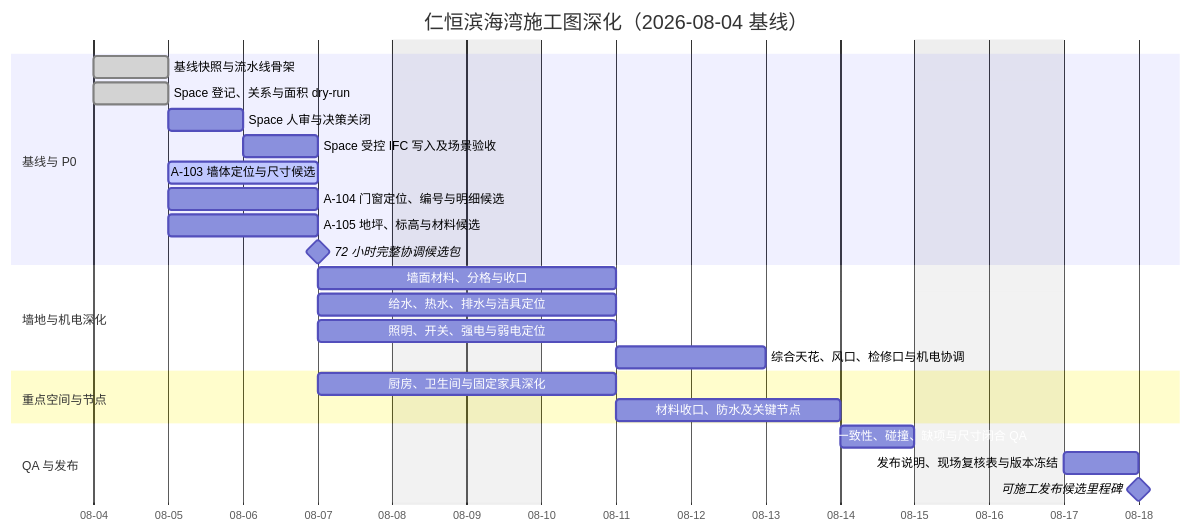
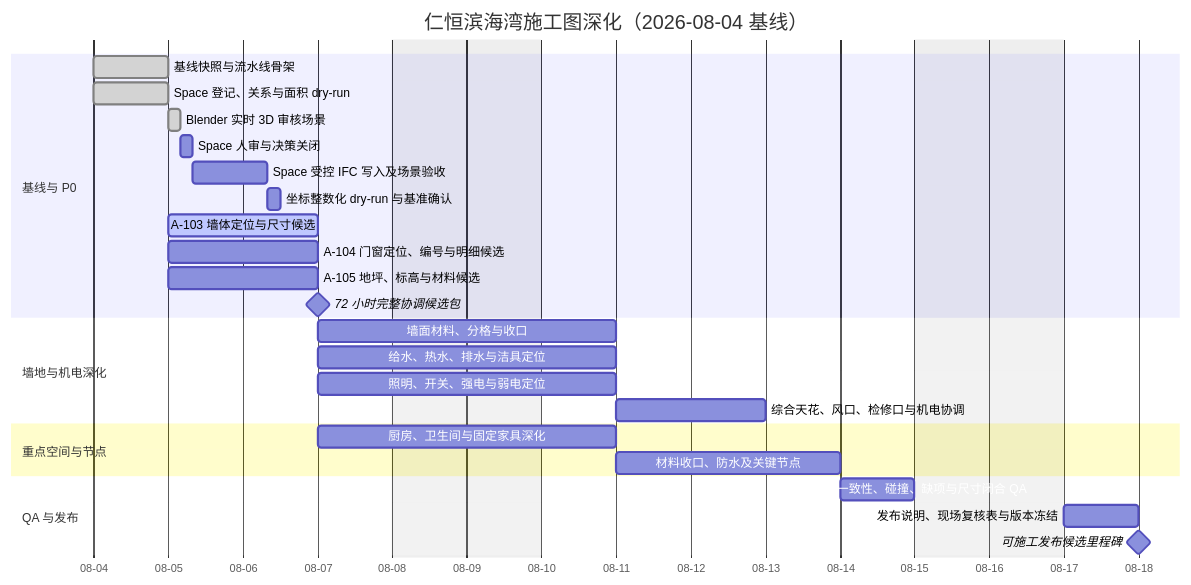
One commit to Weihan96/2504-GBTB-Yanlord-Zhuhai changed the diagram in drawings/滨海湾装修施工图深化工作管理.md. Above: the diagram before and after it, drawn with Mermaid. The commit also changed other lines of this file and 3 other files, not shown here.

````diff
--- a/drawings/滨海湾装修施工图深化工作管理.md
+++ b/drawings/滨海湾装修施工图深化工作管理.md
@@ -64,32 +64,34 @@
 ```mermaid
 gantt
     title 仁恒滨海湾施工图深化（2026-08-04 基线）
     dateFormat  YYYY-MM-DD
     axisFormat  %m-%d
     excludes    weekends
 
     section 基线与 P0
     基线快照与流水线骨架                 :done, M000, 2026-08-04, 1d
     Space 登记、关系与面积 dry-run       :done, S001, 2026-08-04, 1d
-    Space 人审与决策关闭                 :S002, after S001, 1d
+    Blender 实时 3D 审核场景              :done, S002A, after S001, 4h
+    Space 人审与决策关闭                 :S002, after S002A, 4h
     Space 受控 IFC 写入及场景验收         :S003, after S002, 1d
+    坐标整数化 dry-run 与基准确认          :C001, after S003, 4h
     A-103 墙体定位与尺寸候选              :active, A103, after S001, 2d
     A-104 门窗定位、编号与明细候选         :A104, after S001, 2d
     A-105 地坪、标高与材料候选             :A105, after S001, 2d
-    72 小时完整协调候选包                 :milestone, M072, after A103 A104 A105, 0d
+    72 小时完整协调候选包                 :milestone, M072, after C001 A103 A104 A105, 0d
 
     section 墙地与机电深化
     墙面材料、分格与收口                  :WFIN, after M072, 2d
     给水、热水、排水与洁具定位             :PLUM, after M072, 2d
     照明、开关、强电与弱电定位             :ELEC, after M072, 2d
     综合天花、风口、检修口与机电协调        :RCP1, after ELEC, 2d
 
     section 重点空间与节点
     厨房、卫生间与固定家具深化             :INT1, after M072, 2d
     材料收口、防水及关键节点               :DET1, after INT1, 3d
 
     section QA 与发布
     跨图一致性、碰撞、缺项与尺寸闭合 QA     :QA01, after RCP1 DET1 WFIN PLUM, 1d
     发布说明、现场复核表与版本冻结           :REL1, after QA01, 1d
     可施工发布候选里程碑                   :milestone, MREL, after REL1, 0d
 ```
````
